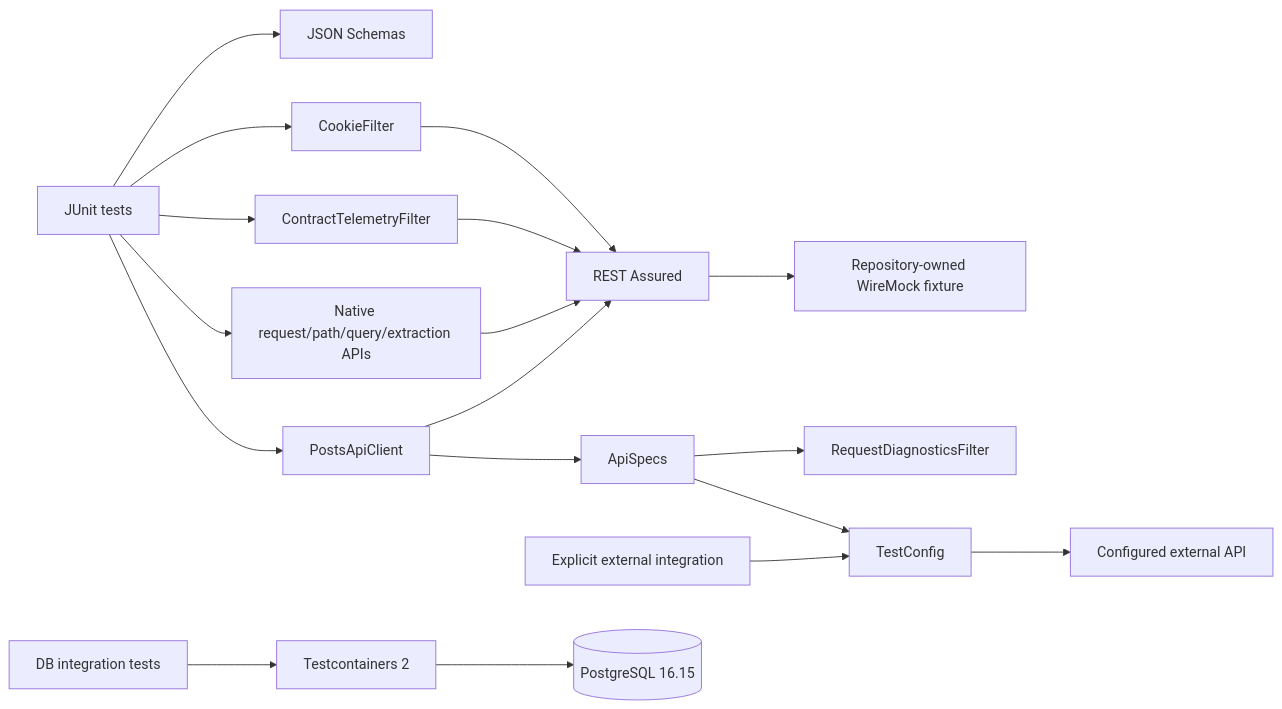
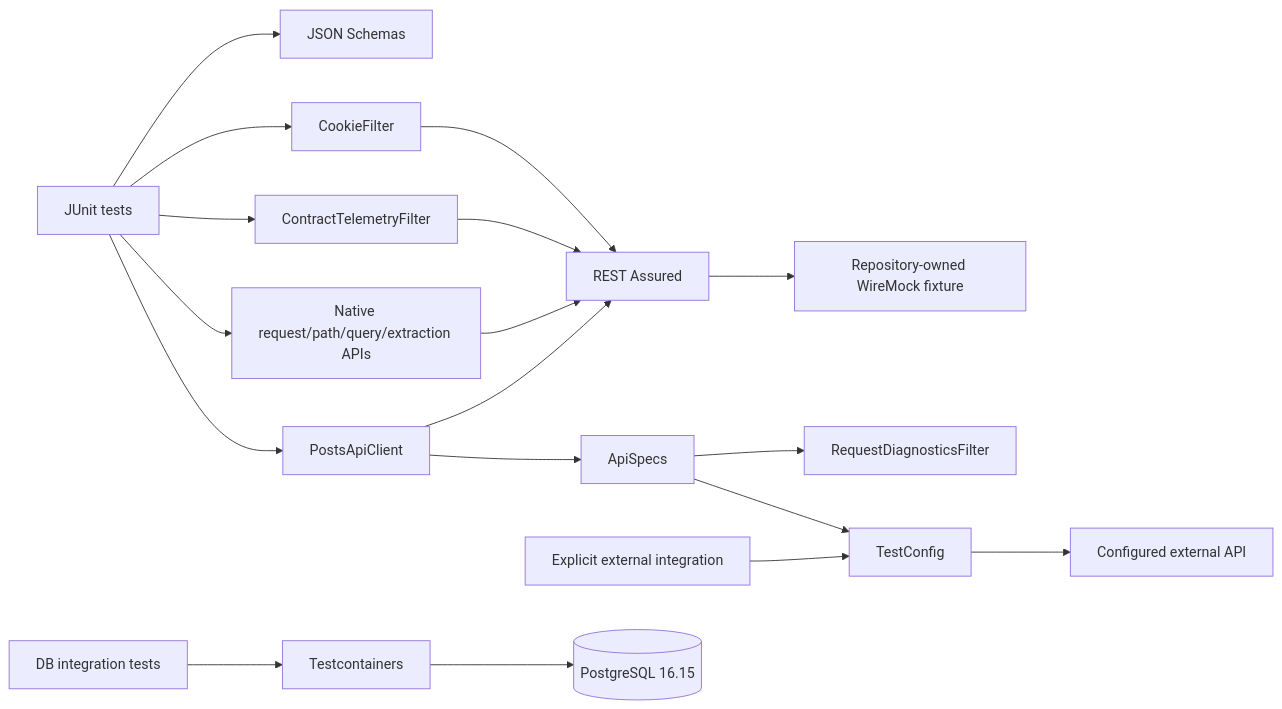
Before and after one commit to portyu9/qa-automation-java-restassured: the diagram in docs/ARCHITECTURE.md, drawn with Mermaid. The commit also changed other lines of this file, not shown here.

````diff
--- a/docs/ARCHITECTURE.md
+++ b/docs/ARCHITECTURE.md
@@ -7,20 +7,20 @@
 ```mermaid
 flowchart LR
     T[JUnit tests] --> C[PostsApiClient]
     T --> NATIVE[Native request/path/query/extraction APIs]
     C --> SPEC[ApiSpecs]
     SPEC --> CFG[TestConfig]
     SPEC --> F[RequestDiagnosticsFilter]
     T --> TEL[ContractTelemetryFilter]
     T --> COOKIE[CookieFilter]
     C --> RA[REST Assured]
     NATIVE --> RA
     TEL --> RA
     COOKIE --> RA
     RA --> WM[Repository-owned WireMock fixture]
     EXT[Explicit external integration] --> CFG
     CFG --> API[Configured external API]
     T --> S[JSON Schemas]
-    DB[DB integration tests] --> TC[Testcontainers 2]
+    DB[DB integration tests] --> TC[Testcontainers]
     TC --> PG[(PostgreSQL 16.15)]
 ```
````
